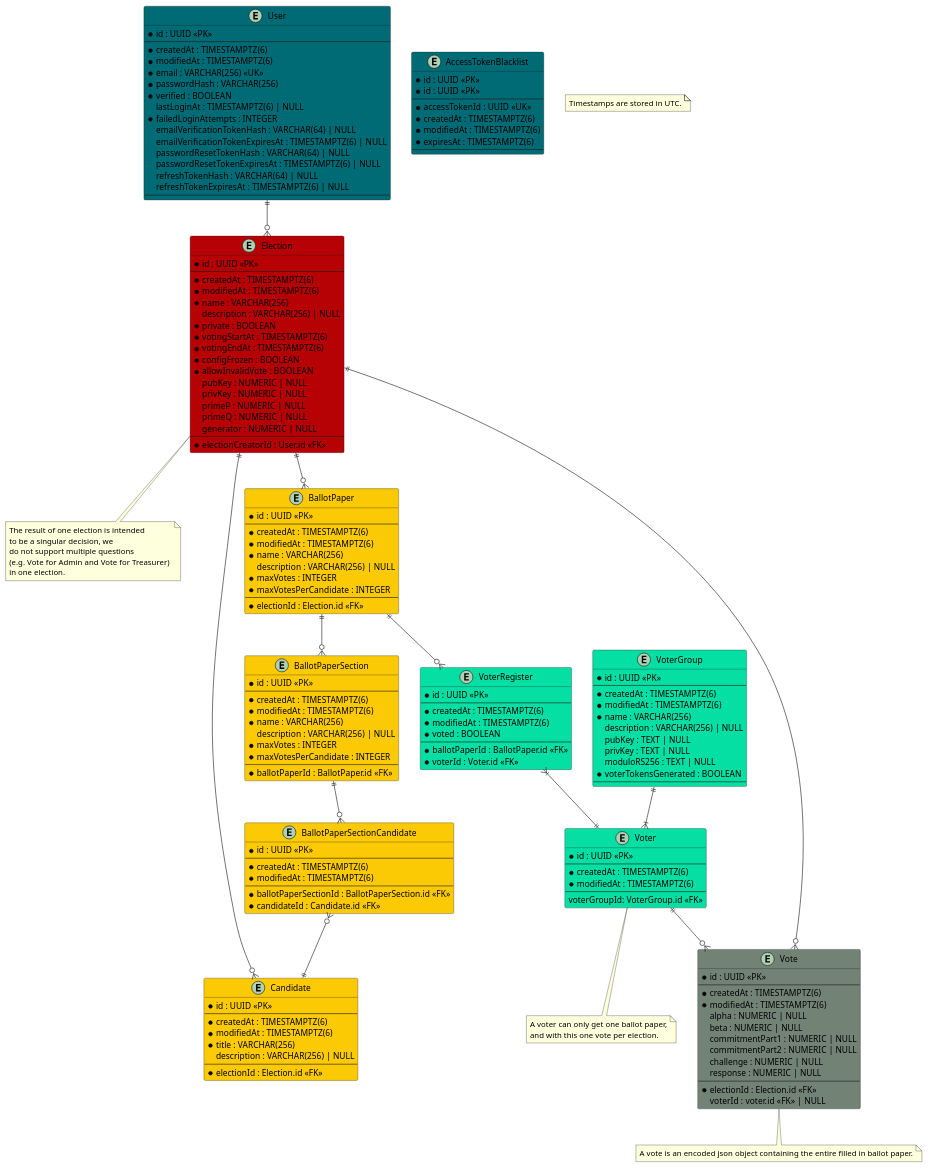
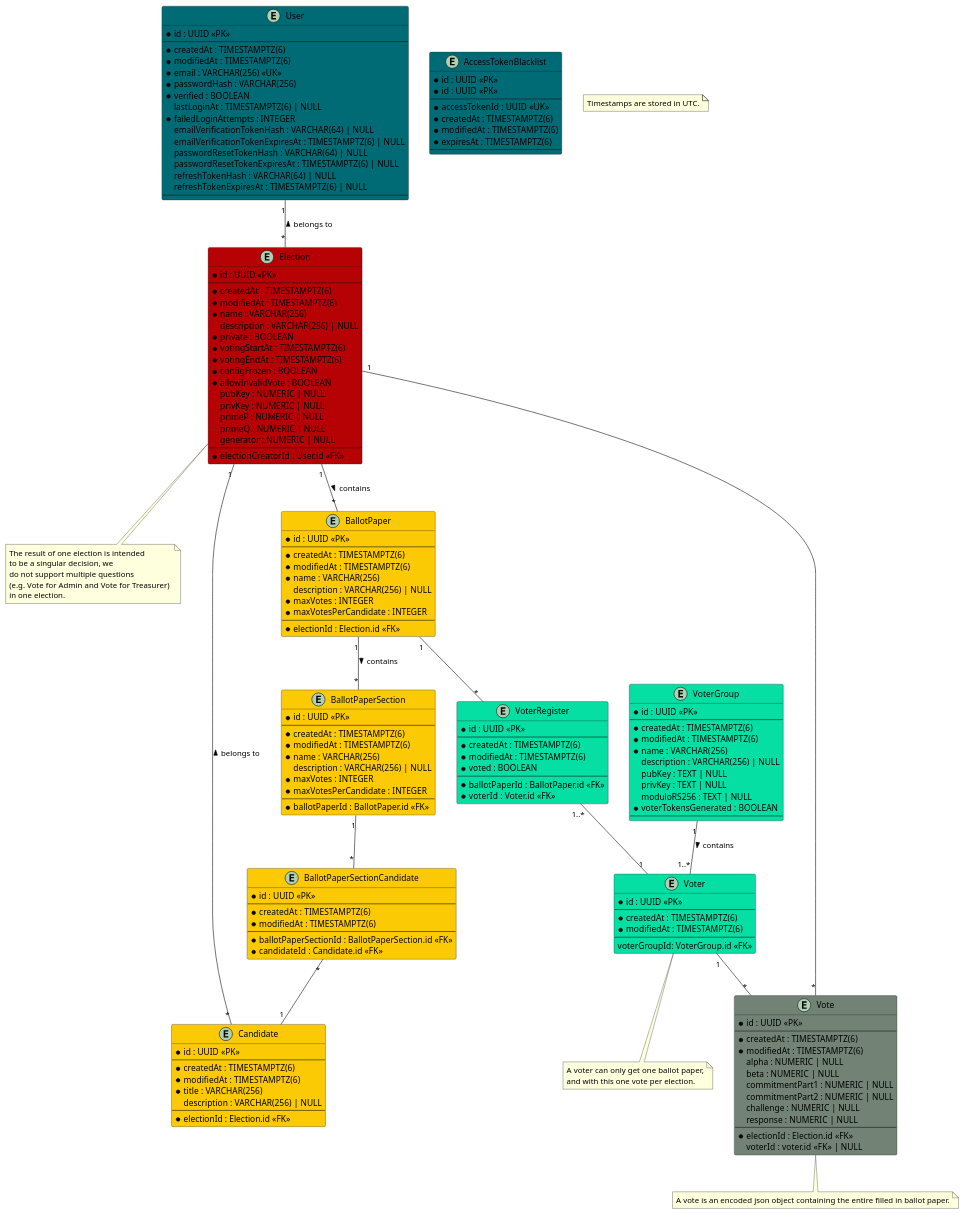
Before and after one commit to SE-UUlm/votura: the diagram in apps/docs/static/uml/dataModel.puml, drawn with PlantUML.

Commit message:
#121: ER notion to UML standard

```diff
--- a/apps/docs/static/uml/dataModel.puml
+++ b/apps/docs/static/uml/dataModel.puml
@@ -1,196 +1,195 @@
 @startuml dataModel
 
 entity "User" as user #006b75 {
     * id : UUID <<PK>>
     --
     * createdAt : TIMESTAMPTZ(6)
     * modifiedAt : TIMESTAMPTZ(6)
     * email : VARCHAR(256) <<UK>>
     * passwordHash : VARCHAR(256)
     * verified : BOOLEAN
     lastLoginAt : TIMESTAMPTZ(6) | NULL
     ' failed login attempts get reset on successful login
     * failedLoginAttempts : INTEGER
     emailVerificationTokenHash : VARCHAR(64) | NULL
     emailVerificationTokenExpiresAt : TIMESTAMPTZ(6) | NULL
     passwordResetTokenHash : VARCHAR(64) | NULL
     passwordResetTokenExpiresAt : TIMESTAMPTZ(6) | NULL
     refreshTokenHash : VARCHAR(64) | NULL
     refreshTokenExpiresAt : TIMESTAMPTZ(6) | NULL
     --
 }
 
 entity "AccessTokenBlacklist" as jwtBlacklist #006b75 {
     ' this table is used to store blacklisted access tokens
     ' The jti is 36 characters long if we use UUIDv4
     * id : UUID <<PK>>
     * id : UUID <<PK>>
     --
     * accessTokenId : UUID <<UK>>
     * createdAt : TIMESTAMPTZ(6)
     * modifiedAt : TIMESTAMPTZ(6)
     * expiresAt : TIMESTAMPTZ(6)
     --
 }
 
 entity "Election" as elections #b60205 {
     * id : UUID <<PK>>
     --
     * createdAt : TIMESTAMPTZ(6)
     * modifiedAt : TIMESTAMPTZ(6)
     * name : VARCHAR(256)
     description : VARCHAR(256) | NULL
     * private : BOOLEAN
     * votingStartAt : TIMESTAMPTZ(6)
     * votingEndAt : TIMESTAMPTZ(6)
     * configFrozen : BOOLEAN
     * allowInvalidVote : BOOLEAN
     ' Is there a use case for `votesCounted`?
     ' * votesCounted : BOOLEAN
     ' * votesCounted : BOOLEAN
     ' Computed values such as validVotes and invalidVotes are critical - do we really want to store them?
     ' validVotes : NUMERIC | NULL
     ' invalidVotes : NUMERIC | NULL
     pubKey : NUMERIC | NULL
     privKey : NUMERIC | NULL
     primeP : NUMERIC | NULL
     primeQ : NUMERIC | NULL
     generator : NUMERIC | NULL
     --
     * electionCreatorId : User.id <<FK>>
 }
 
 note as N2
 The result of one election is intended 
 to be a singular decision, we 
 do not support multiple questions 
 (e.g. Vote for Admin and Vote for Treasurer) 
 in one election.
 end note
 
 entity "BallotPaper" as ballotPapers #fbca04 {
     * id : UUID <<PK>>
     --
     * createdAt : TIMESTAMPTZ(6)
     * modifiedAt : TIMESTAMPTZ(6)
     * name : VARCHAR(256)
     description : VARCHAR(256) | NULL
     * maxVotes : INTEGER
     * maxVotesPerCandidate : INTEGER
     --
     * electionId : Election.id <<FK>>
 }
 
 entity "BallotPaperSection" as ballotPaperSections #fbca04 {
     * id : UUID <<PK>>
     --
     * createdAt : TIMESTAMPTZ(6)
     * modifiedAt : TIMESTAMPTZ(6)
     * name : VARCHAR(256)
     description : VARCHAR(256) | NULL
     * maxVotes : INTEGER
     * maxVotesPerCandidate : INTEGER
     --
     * ballotPaperId : BallotPaper.id <<FK>>
 }
 
 entity "BallotPaperSectionCandidate" as ballotPaperSectionCandidates #fbca04 {
     * id : UUID <<PK>>
     --
     * createdAt : TIMESTAMPTZ(6)
     * modifiedAt : TIMESTAMPTZ(6)
     --
     * ballotPaperSectionId : BallotPaperSection.id <<FK>>
     * candidateId : Candidate.id <<FK>>
 }
 
 entity "Candidate" as candidates #fbca04 {
     * id : UUID <<PK>>
     --
     * createdAt : TIMESTAMPTZ(6)
     * modifiedAt : TIMESTAMPTZ(6)
     * title : VARCHAR(256)
     description : VARCHAR(256) | NULL
     --
     * electionId : Election.id <<FK>>
 }
 
 entity "Vote" as votes #728376 {
     * id : UUID <<PK>>
     --
     * createdAt : TIMESTAMPTZ(6)
     * modifiedAt : TIMESTAMPTZ(6)
     alpha : NUMERIC | NULL
     beta : NUMERIC | NULL
     commitmentPart1 : NUMERIC | NULL
     commitmentPart2 : NUMERIC | NULL
     challenge : NUMERIC | NULL
     response : NUMERIC | NULL
     --
     * electionId : Election.id <<FK>>
     ' if the vote isn't secret, voter can be saved
     voterId : voter.id <<FK>> | NULL
 }
 note as N4
 A vote is an encoded json object containing the entire filled in ballot paper.
 end note
 
 entity "VoterRegister" as voterRegisters #05DFA3 {
     * id : UUID <<PK>>
     --
     * createdAt : TIMESTAMPTZ(6)
     * modifiedAt : TIMESTAMPTZ(6)
     * voted : BOOLEAN
     --
     * ballotPaperId : BallotPaper.id <<FK>>
     * voterId : Voter.id <<FK>>
 }
 
 entity "Voter" as voters #05DFA3 {
     * id : UUID <<PK>>
     --
     * createdAt : TIMESTAMPTZ(6)
     * modifiedAt : TIMESTAMPTZ(6)
     --
     voterGroupId: VoterGroup.id <<FK>>
 }
 note as N3
 A voter can only get one ballot paper,
 and with this one vote per election.
 end note
 
 entity "VoterGroup" as voterGroups #05DFA3 {
     * id : UUID <<PK>>
     --
     * createdAt : TIMESTAMPTZ(6)
     * modifiedAt : TIMESTAMPTZ(6)
     * name : VARCHAR(256)
     description : VARCHAR(256) | NULL
     pubKey : TEXT | NULL
     privKey : TEXT | NULL
     moduloRS256 : TEXT | NULL
     * voterTokensGenerated : BOOLEAN
     --
 }
 
 note as N1
 Timestamps are stored in UTC.
 end note
 
-user ||--o{ elections
-elections ||--o{ ballotPapers
+user "1"--"*" elections : belongs to <
+elections "1"--"*" ballotPapers : contains >
 elections -- N2
-elections ||--o{ candidates
-ballotPapers ||--o{ voterRegisters
-voterRegisters }|--|| voters
-ballotPapers ||--o{ ballotPaperSections
-' ballotPaperSections -- C_2
-ballotPaperSections ||--o{ ballotPaperSectionCandidates
-ballotPaperSectionCandidates }o--|| candidates
-votes }o--|| elections
-voters ||--o{ votes
-voterGroups ||--|{ voters
+elections "1"--"*" candidates : belongs to <
+ballotPapers "1"--"*" voterRegisters
+voterRegisters "1..*"--"1" voters
+ballotPapers "1"--"*" ballotPaperSections : contains >
+ballotPaperSections "1"--"*" ballotPaperSectionCandidates
+ballotPaperSectionCandidates "*"--"1" candidates
+votes "*"--"1" elections
+voters "1"--"*" votes
+voterGroups "1"--"1..*" voters : contains >
 voters -- N3
 votes -- N4
 
 @enduml
```
